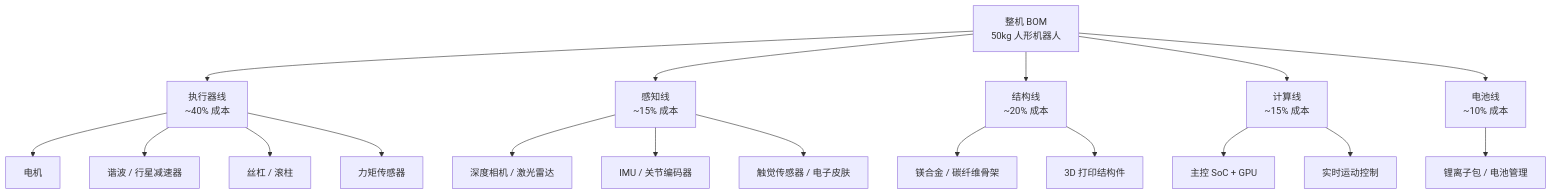
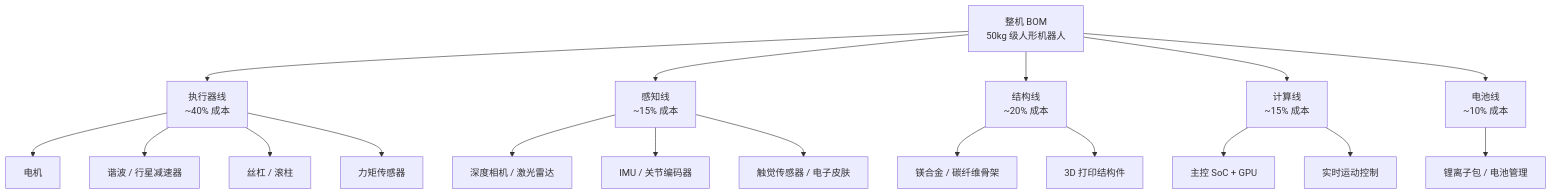
The diagram in content/posts/video/embodied-robotics-hardware-supply-chain-2026.md (A1pha3/text-matrix), drawn with Mermaid before and after one commit. The commit also changed other lines of this file and 53 other files, not shown here.

````diff
--- a/content/posts/video/embodied-robotics-hardware-supply-chain-2026.md
+++ b/content/posts/video/embodied-robotics-hardware-supply-chain-2026.md
@@ -57,20 +59,20 @@
 ```mermaid
 flowchart TB
-  A[整机 BOM<br>50kg 人形机器人] --> B[执行器线<br>~40% 成本]
+  A[整机 BOM<br>50kg 级人形机器人] --> B[执行器线<br>~40% 成本]
   A --> C[感知线<br>~15% 成本]
   A --> D[结构线<br>~20% 成本]
   A --> E[计算线<br>~15% 成本]
   A --> F[电池线<br>~10% 成本]
   B --> B1[电机]
   B --> B2[谐波 / 行星减速器]
   B --> B3[丝杠 / 滚柱]
   B --> B4[力矩传感器]
   C --> C1[深度相机 / 激光雷达]
   C --> C2[IMU / 关节编码器]
   C --> C3[触觉传感器 / 电子皮肤]
   D --> D1[镁合金 / 碳纤维骨架]
   D --> D2[3D 打印结构件]
   E --> E1[主控 SoC + GPU]
   E --> E2[实时运动控制]
   F --> F1[锂离子包 / 电池管理]
 ```
````
